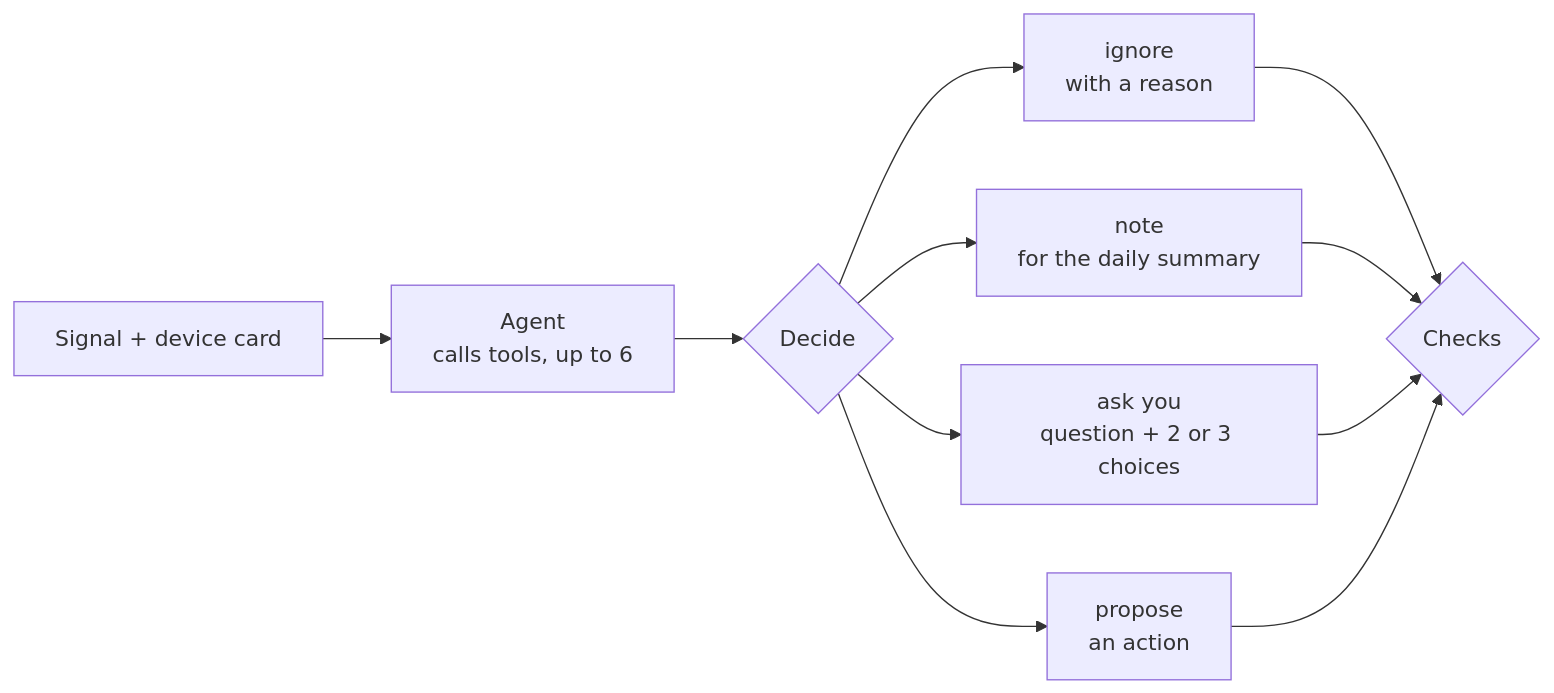
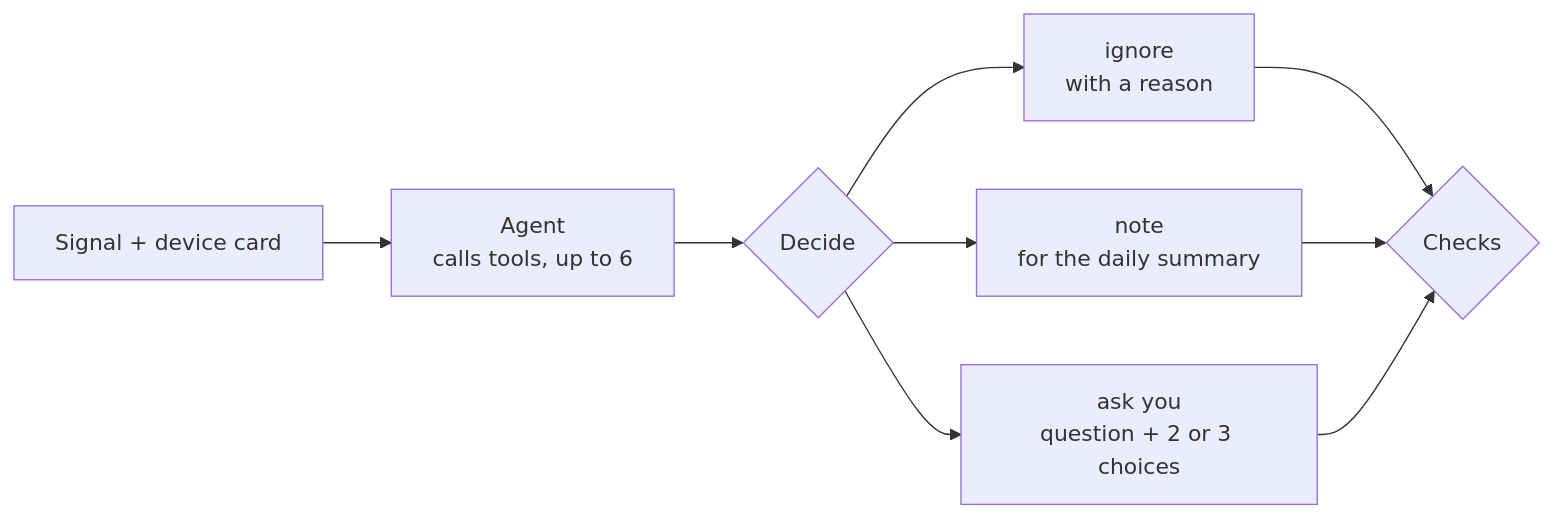
One commit to PaSathees/agentc-edge changed the second of 2 diagrams in docs/design.md. Above: the diagram before and after it, drawn with Mermaid. The commit also changed other lines of this file and 14 other files, not shown here.

````diff
--- a/docs/design.md
+++ b/docs/design.md
@@ -110,10 +110,9 @@
 ```mermaid
 flowchart LR
   S["Signal + device card"] --> T["Agent<br/>calls tools, up to 6"]
   T --> D{"Decide"}
   D --> I["ignore<br/>with a reason"]
   D --> NO["note<br/>for the daily summary"]
   D --> Q["ask you<br/>question + 2 or 3 choices"]
-  D --> PR["propose<br/>an action"]
-  I & NO & Q & PR --> C{"Checks"}
+  I & NO & Q --> C{"Checks"}
 ```
````
